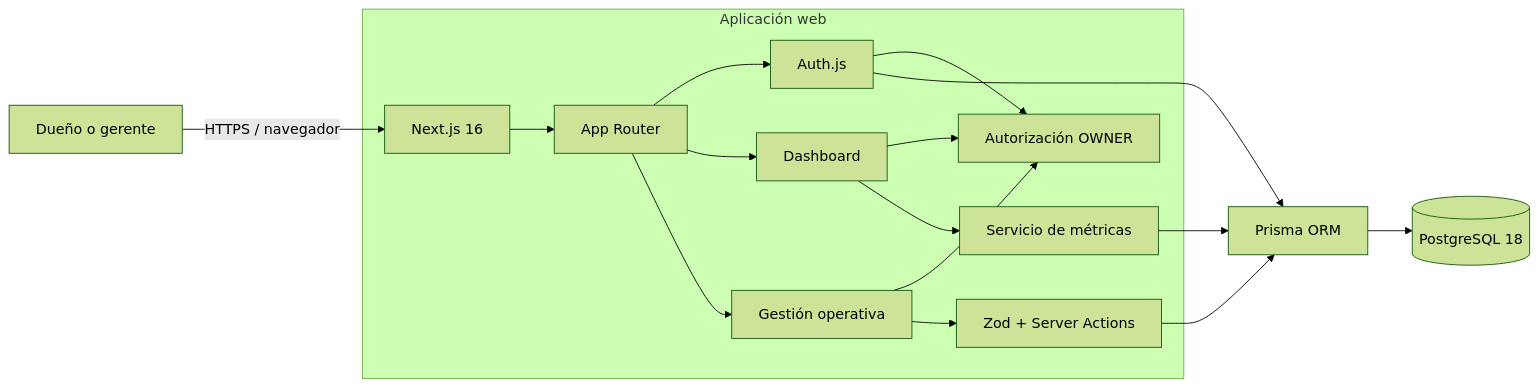
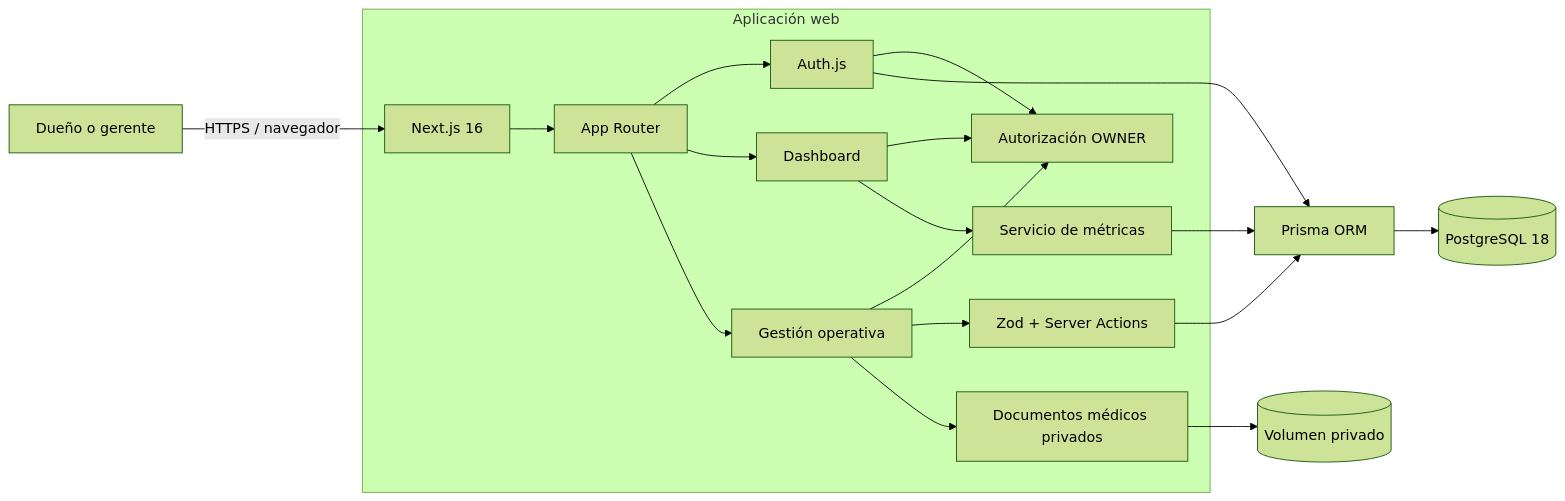
The first of 10 diagrams in docs/architecture.md (alejandro-larin/fuerza-total-web), drawn with Mermaid (forest theme) before and after one commit. The commit also changed other lines of this file and 6 other files, not shown here.

````diff
--- a/docs/architecture.md
+++ b/docs/architecture.md
@@ -7,21 +7,23 @@
 ```mermaid
 flowchart LR
     U[Dueño o gerente] -->|HTTPS / navegador| N[Next.js 16]
 
     subgraph Aplicación web
         N --> R[App Router]
         R --> A[Auth.js]
         R --> D[Dashboard]
         R --> G[Gestión operativa]
         A --> O[Autorización OWNER]
         D --> O
         G --> O
         G --> V[Zod + Server Actions]
+        G --> F[Documentos médicos privados]
         D --> M[Servicio de métricas]
     end
 
     A --> P[Prisma ORM]
     V --> P
     M --> P
     P --> DB[(PostgreSQL 18)]
+    F --> FS[(Volumen privado)]
 ```
````
